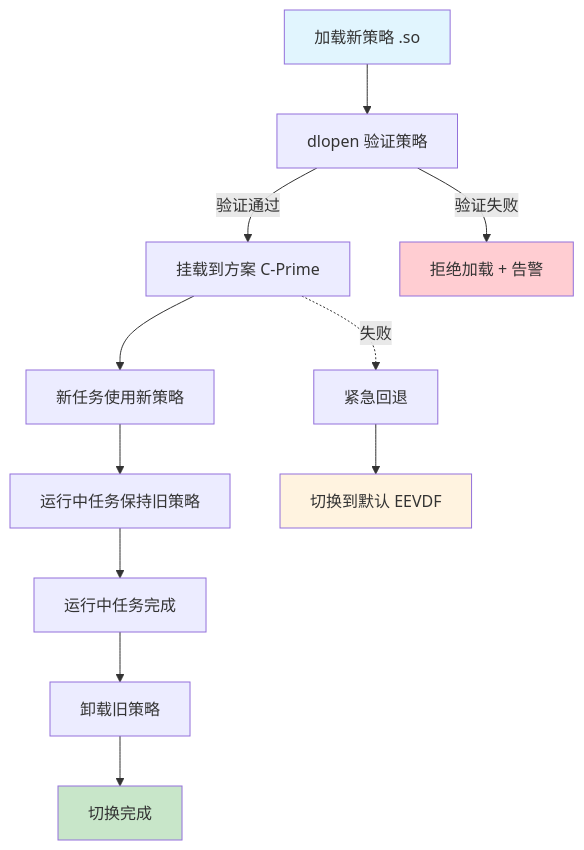
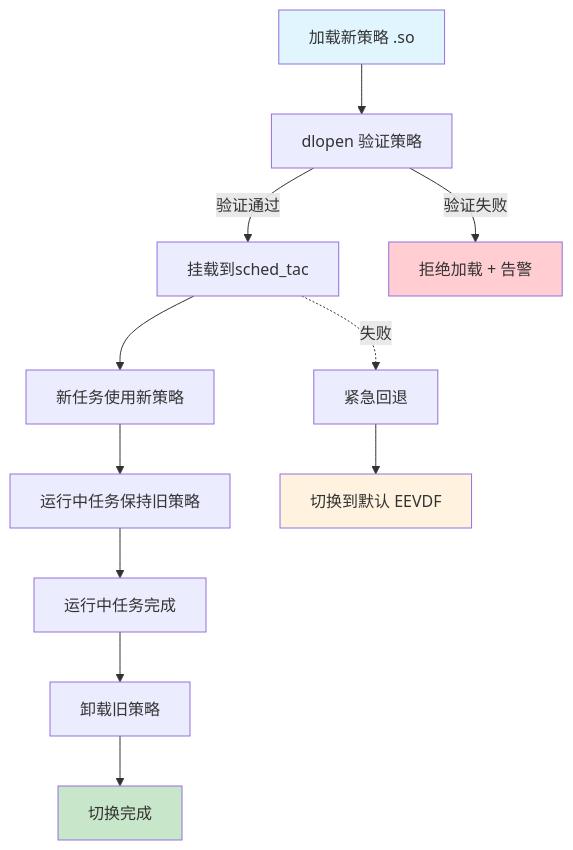
One commit to openairymax/docs-linux changed the sixth of 6 diagrams in 40-dataflows/04-scheduling-flow.md. Above: the diagram before and after it, drawn with Mermaid. The commit also changed other lines of this file and 181 other files, not shown here.

Commit message:
docs: 批量更新文档中的IRON-9版本与调度器命名 1. 将所有IRON-9 v2引用升级为IRON-9 v3，统一四层共享模型版本号 2. 将方案C-Prime、AIRY_SCHED_AGENT相关表述替换为sched_tac、stc_agent 3. 更新OpenStandards/README.md的许可证信息为CC-BY-4.0

````diff
--- a/40-dataflows/04-scheduling-flow.md
+++ b/40-dataflows/04-scheduling-flow.md
@@ -587,20 +587,20 @@
 ```mermaid
 flowchart TD
     A[加载新策略 .so] --> B[dlopen 验证策略]
-    B -->|验证通过| C[挂载到方案 C-Prime]
+    B -->|验证通过| C[挂载到sched_tac]
     B -->|验证失败| Z[拒绝加载 + 告警]
     C --> D[新任务使用新策略]
     D --> E[运行中任务保持旧策略]
     E --> F[运行中任务完成]
     F --> G[卸载旧策略]
     G --> H[切换完成]
     
     I[紧急回退]
     C -.失败.-> I
     I --> J[切换到默认 EEVDF]
     
     style A fill:#e1f5fe
     style Z fill:#ffcdd2
     style H fill:#c8e6c9
     style J fill:#fff3e0
 ```
````
